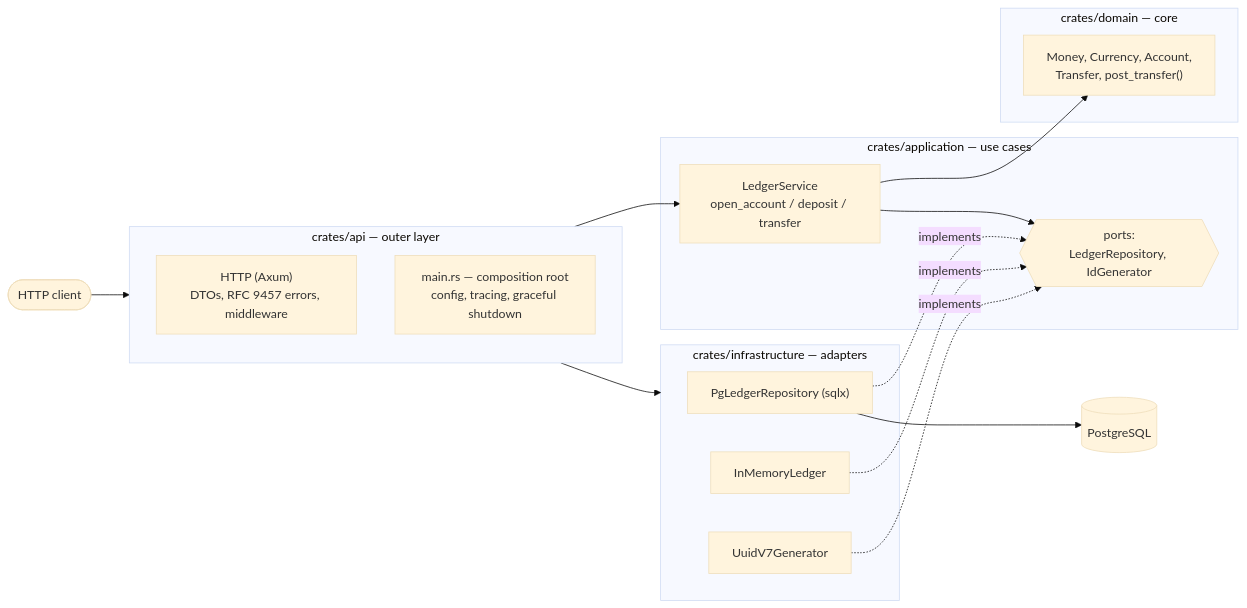
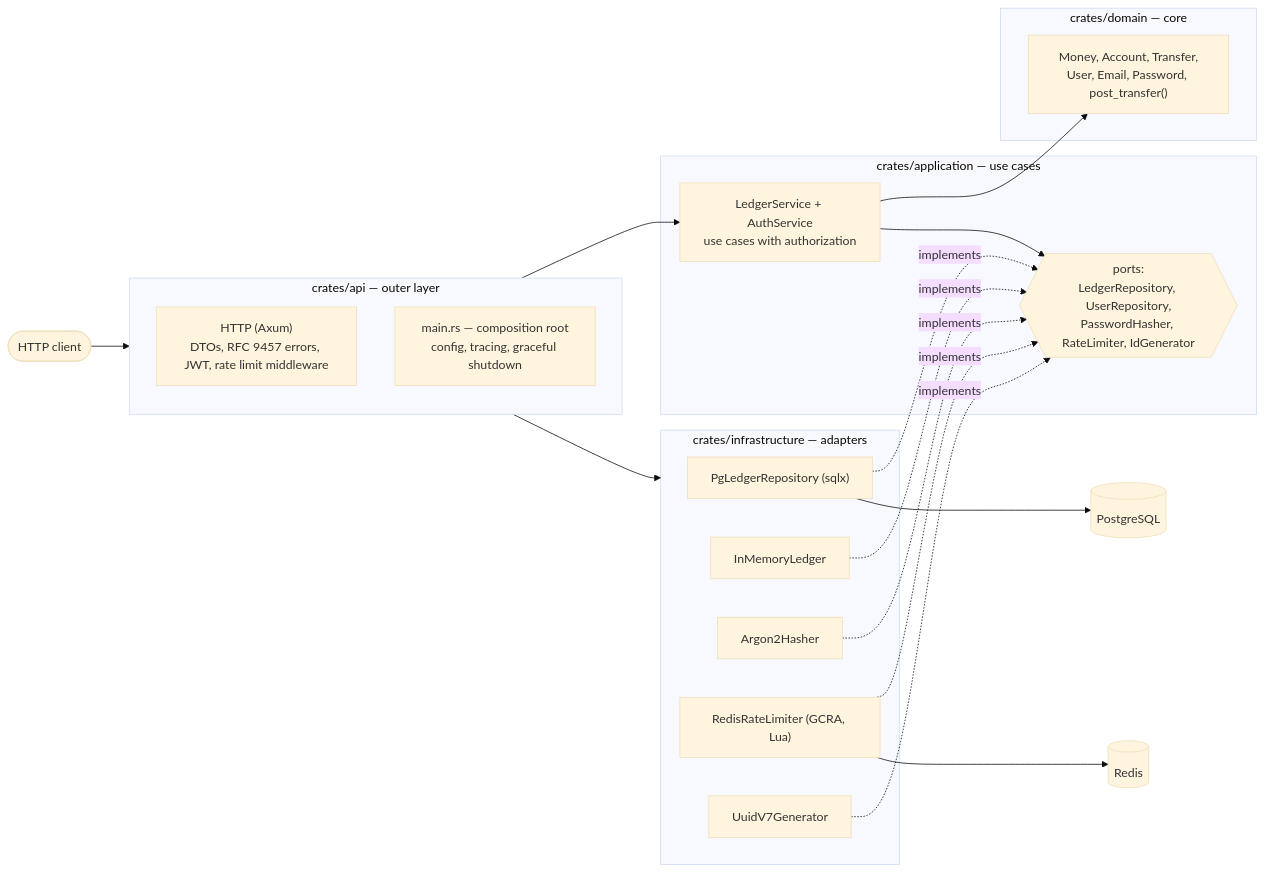
One commit to fn-devX/ledger changed the diagram in README.md. Above: the diagram before and after it, drawn with Mermaid (base theme). The commit also changed other lines of this file and 52 other files, not shown here.

Commit message:
feat: JWT authentication, roles and Redis rate limiting

````diff
--- a/README.md
+++ b/README.md
@@ -8,34 +9,39 @@
 ```mermaid
 flowchart LR
     client([HTTP client]) --> api
 
     subgraph api["crates/api — outer layer"]
         direction TB
-        http["HTTP (Axum)<br/>DTOs, RFC 9457 errors, middleware"]
+        http["HTTP (Axum)<br/>DTOs, RFC 9457 errors, JWT, rate limit middleware"]
         root["main.rs — composition root<br/>config, tracing, graceful shutdown"]
     end
 
     subgraph app["crates/application — use cases"]
-        svc["LedgerService<br/>open_account / deposit / transfer"]
-        ports{{"ports:<br/>LedgerRepository, IdGenerator"}}
+        svc["LedgerService + AuthService<br/>use cases with authorization"]
+        ports{{"ports:<br/>LedgerRepository, UserRepository,<br/>PasswordHasher, RateLimiter, IdGenerator"}}
     end
 
     subgraph dom["crates/domain — core"]
-        model["Money, Currency, Account,<br/>Transfer, post_transfer()"]
+        model["Money, Account, Transfer,<br/>User, Email, Password, post_transfer()"]
     end
 
     subgraph infra["crates/infrastructure — adapters"]
         pg["PgLedgerRepository (sqlx)"]
         mem["InMemoryLedger"]
+        argon["Argon2Hasher"]
+        redis["RedisRateLimiter (GCRA, Lua)"]
         ids["UuidV7Generator"]
     end
 
     http --> svc
     svc --> model
     svc --> ports
     pg -. implements .-> ports
     mem -. implements .-> ports
     ids -. implements .-> ports
+    argon -. implements .-> ports
+    redis -. implements .-> ports
     root --> infra
     pg --> db[(PostgreSQL)]
+    redis --> rds[(Redis)]
 ```
````
